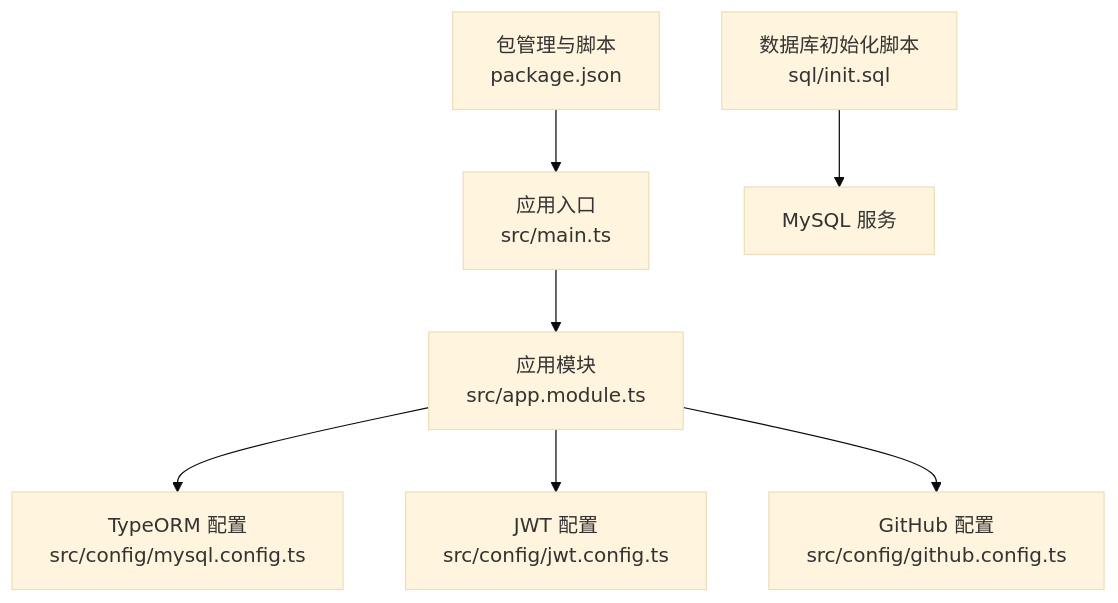
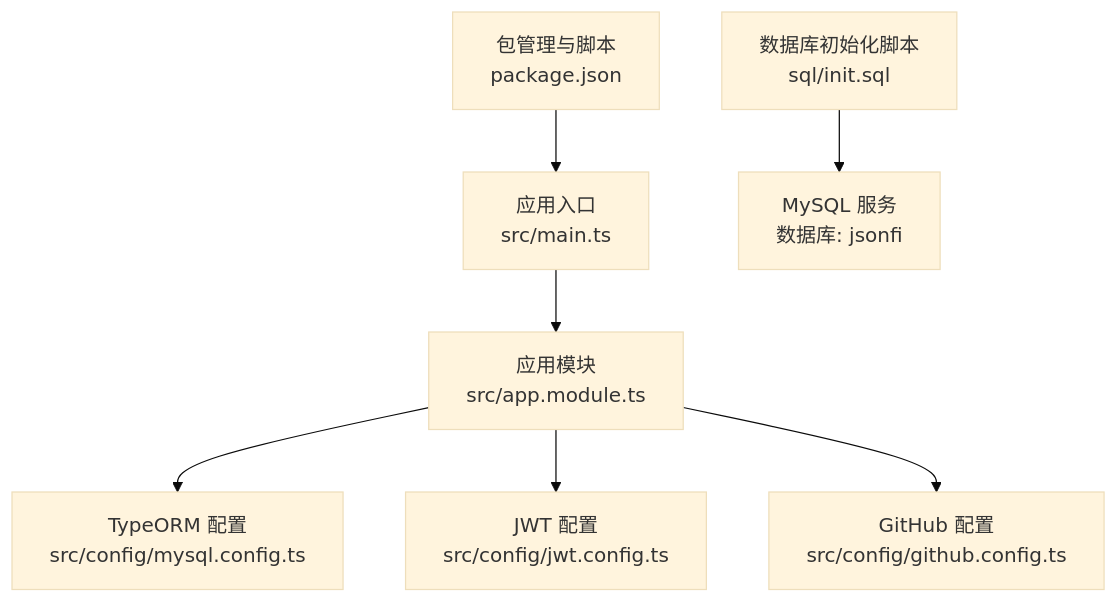
One commit to JsonFish/json-server changed the first of 4 diagrams in .qoder/repowiki/zh/content/部署运维/部署方案/Docker 容器化部署.md. Above: the diagram before and after it, drawn with Mermaid (base theme). The commit also changed other lines of this file and 52 other files, not shown here.

````diff
--- a/.qoder/repowiki/zh/content/部署运维/部署方案/Docker 容器化部署.md
+++ b/.qoder/repowiki/zh/content/部署运维/部署方案/Docker 容器化部署.md
@@ -38,9 +45,9 @@
 ```mermaid
 graph TB
 A["应用入口<br/>src/main.ts"] --> B["应用模块<br/>src/app.module.ts"]
 B --> C["TypeORM 配置<br/>src/config/mysql.config.ts"]
 B --> D["JWT 配置<br/>src/config/jwt.config.ts"]
 B --> E["GitHub 配置<br/>src/config/github.config.ts"]
-F["数据库初始化脚本<br/>sql/init.sql"] --> G["MySQL 服务"]
+F["数据库初始化脚本<br/>sql/init.sql"] --> G["MySQL 服务<br/>数据库: jsonfi"]
 H["包管理与脚本<br/>package.json"] --> A
 ```
````
